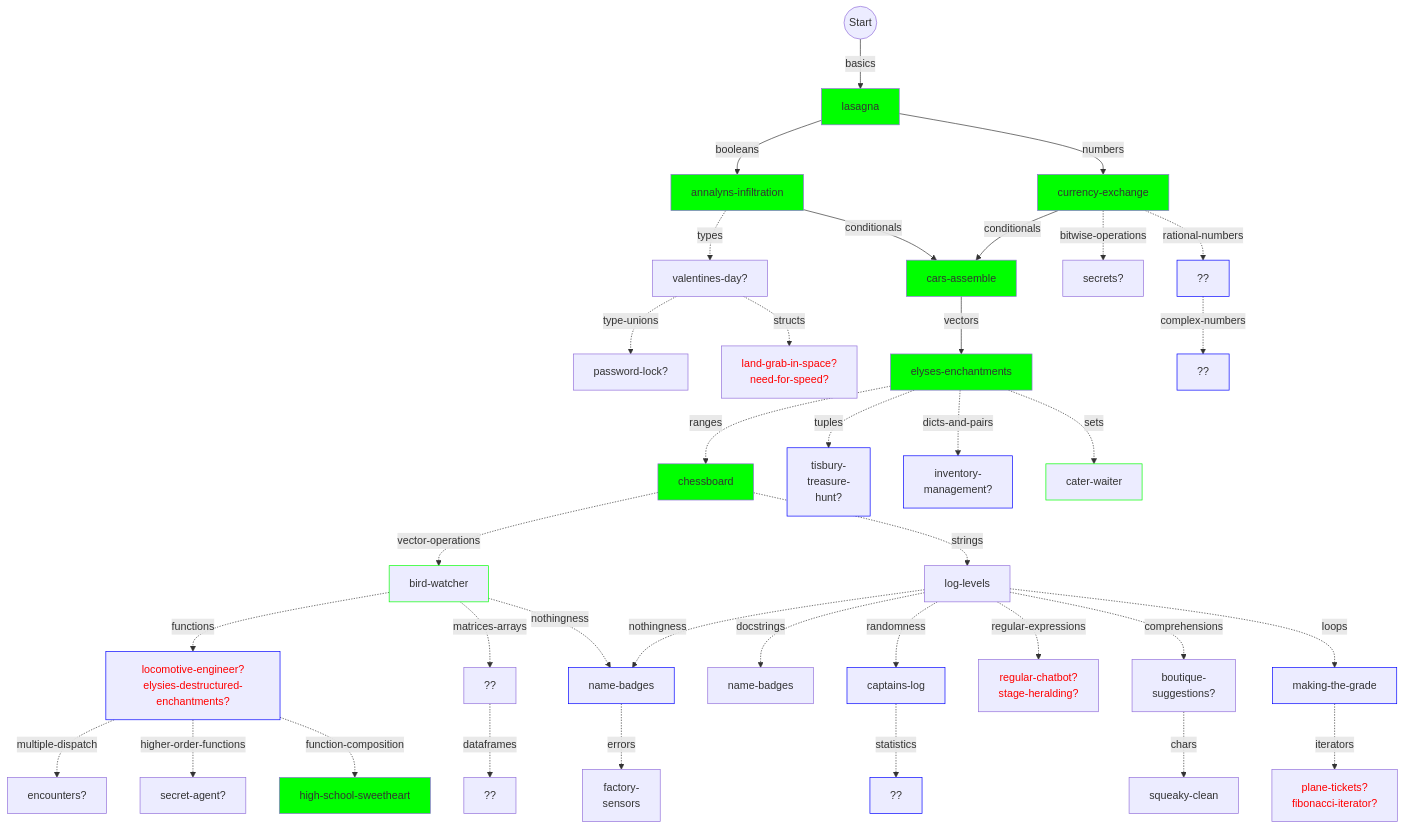
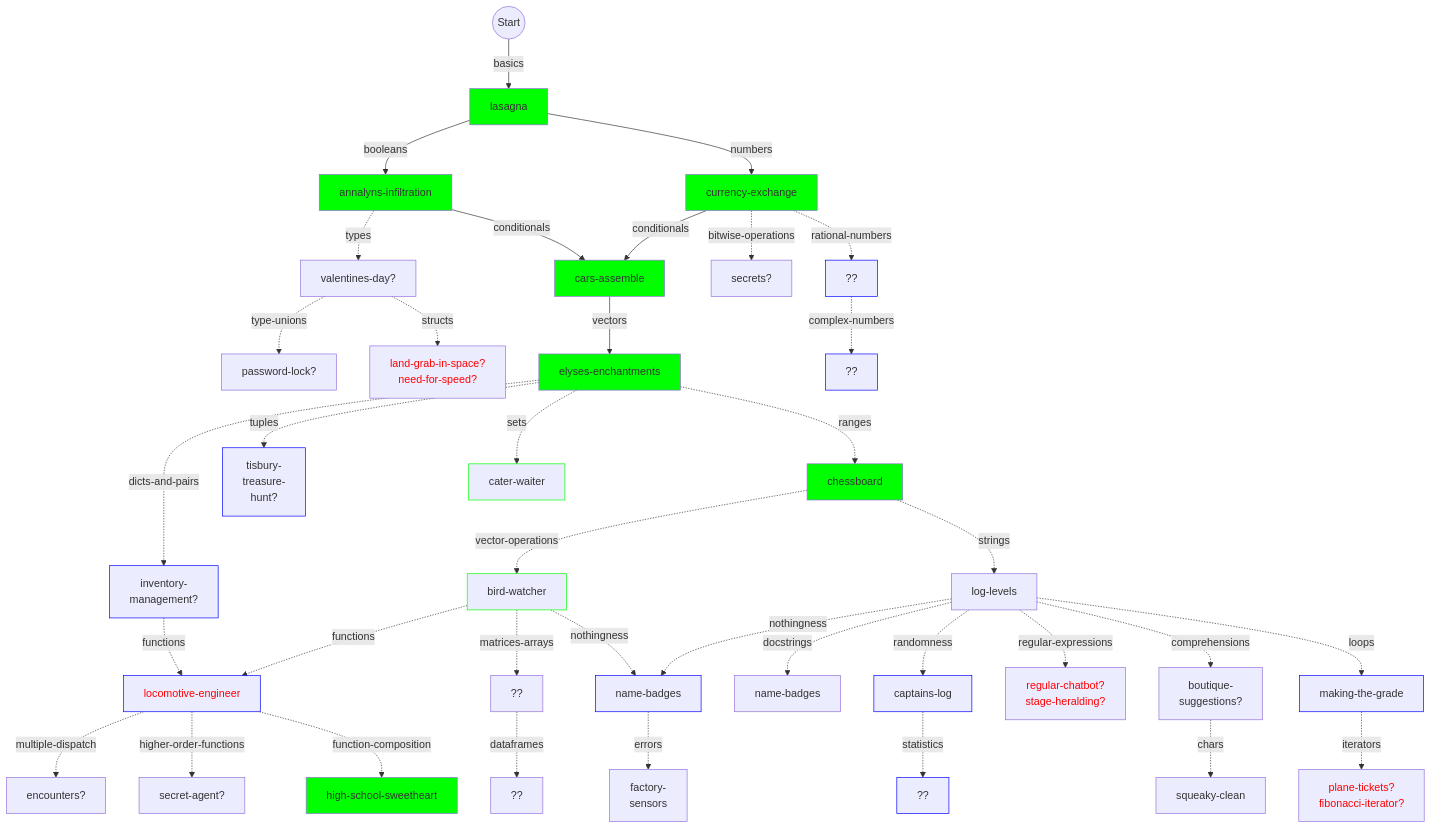
Before and after one commit to colinleach/learning-track-doodles: the diagram in julia/flowchart.md, drawn with Mermaid.

Commit message:
updated functions exercise

```diff
--- a/julia/flowchart.md
+++ b/julia/flowchart.md
@@ -99,7 +99,10 @@
 
 matrices-arrays -.dataframes.-> dataframes["??"]
 
-vector-operations -.functions.-> functions["locomotive-engineer?<br/>elysies-destructured-enchantments?"]
+dicts-and-pairs -.functions.-> functions["locomotive-engineer"]
+style functions stroke:#00f,color:#f00
+
+vector-operations -.functions.-> functions["locomotive-engineer"]
 style functions stroke:#00f,color:#f00
 
 %% vectors -.broadcasting.-> broadcasting["??"]
```
